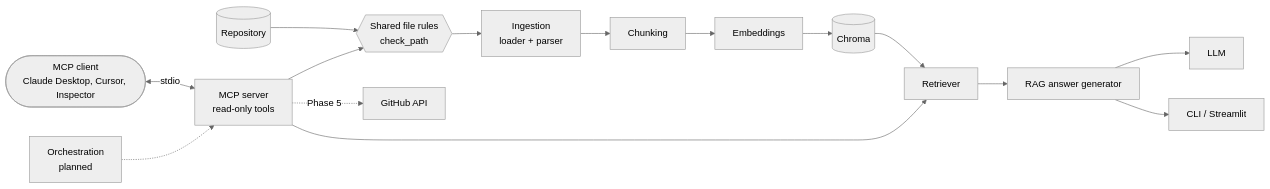
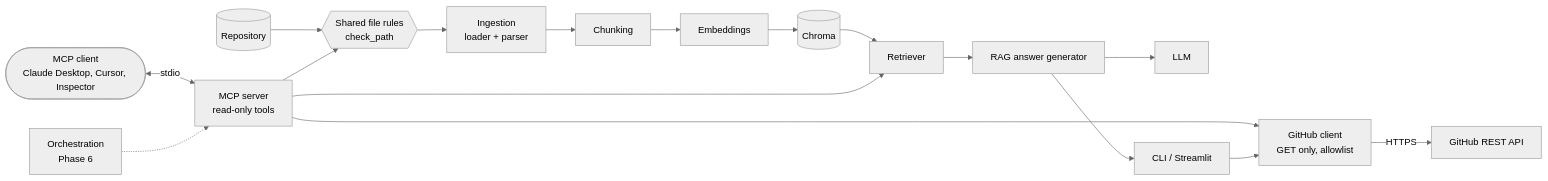
The diagram in README.md (AbdullahThweib2004/ai-developer-assistant), drawn with Mermaid (neutral theme) before and after one commit. The commit also changed other lines of this file and 3 other files, not shown here.

Commit message:
docs: GitHub integration, token setup and updated architecture

````diff
--- a/README.md
+++ b/README.md
@@ -45,19 +47,21 @@
 ```mermaid
 flowchart LR
     repo[(Repository)] --> rules{{Shared file rules<br/>check_path}}
     rules --> ingest[Ingestion<br/>loader + parser]
     ingest --> chunk[Chunking]
     chunk --> embed[Embeddings]
     embed --> chroma[(Chroma)]
     chroma --> retriever[Retriever]
     retriever --> rag[RAG answer generator]
     rag --> llm[LLM]
     rag --> ui[CLI / Streamlit]
 
     client([MCP client<br/>Claude Desktop, Cursor, Inspector]) <-->|stdio| mcp[MCP server<br/>read-only tools]
     mcp --> retriever
     mcp --> rules
+    mcp --> ghc[GitHub client<br/>GET only, allowlist]
+    ui --> ghc
+    ghc -->|HTTPS| gh[GitHub REST API]
 
-    orch[Orchestration<br/>planned] -.-> mcp
-    mcp -.->|Phase 5| gh[GitHub API]
+    orch[Orchestration<br/>Phase 6] -.-> mcp
 ```
````
